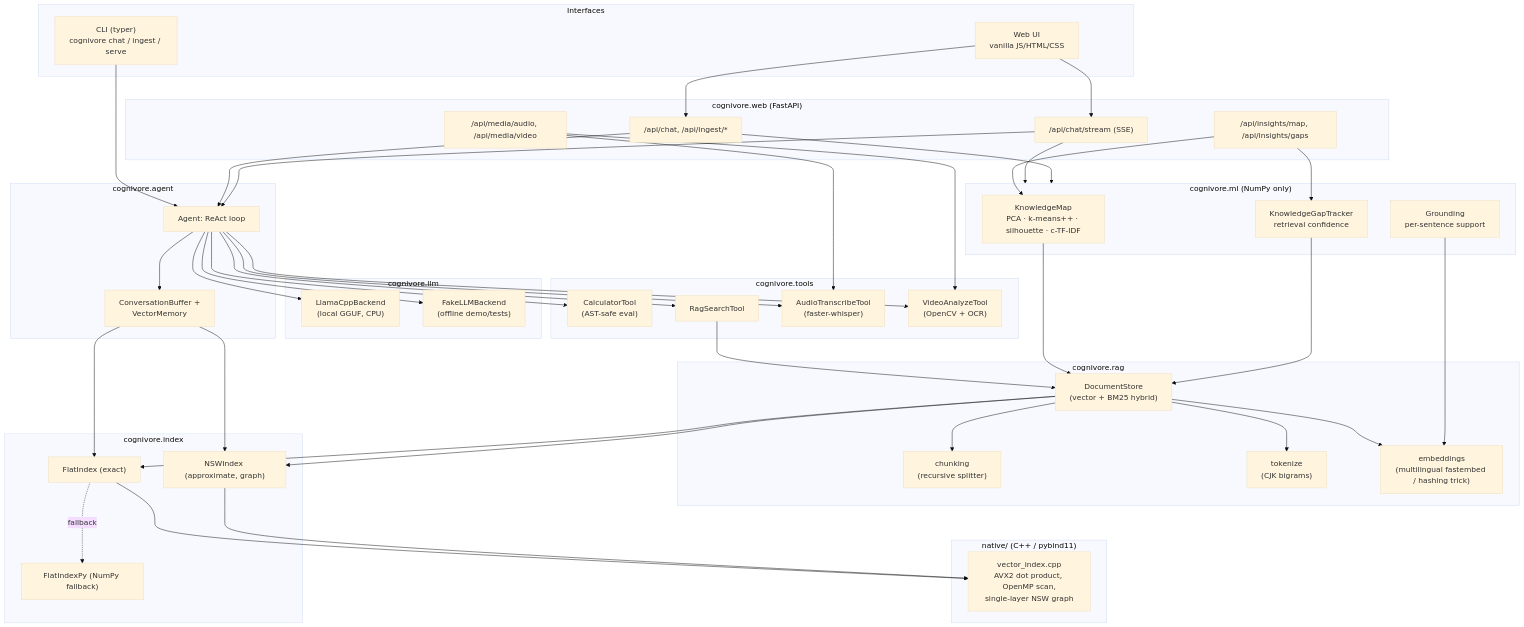
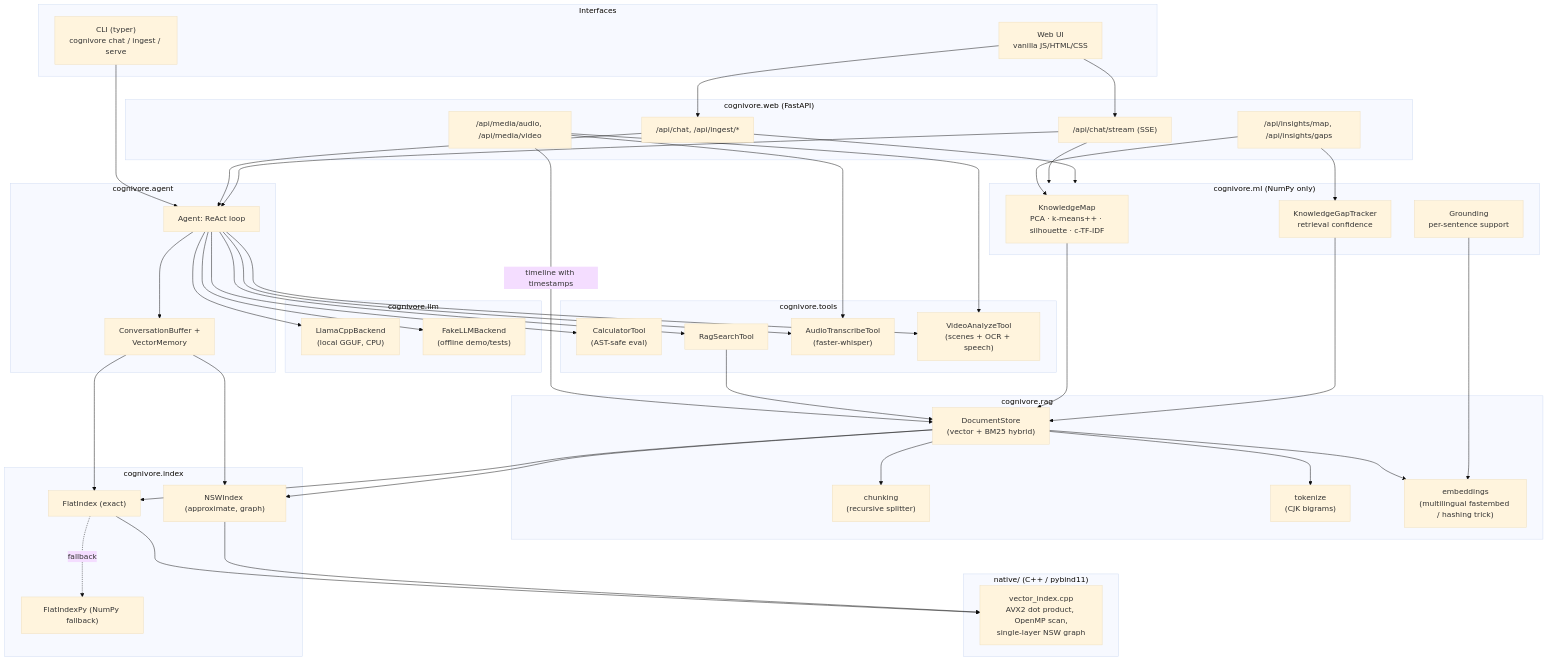
Before and after one commit to Anton-Sergeev-EA/Cognivore: the diagram in docs/architecture.md, drawn with Mermaid (base theme). The commit also changed other lines of this file and 9 other files, not shown here.

```diff
--- a/docs/architecture.md
+++ b/docs/architecture.md
@@ -36,7 +36,7 @@
         CALC["CalculatorTool\n(AST-safe eval)"]
         RAGT["RagSearchTool"]
         AUDIO["AudioTranscribeTool\n(faster-whisper)"]
-        VIDEO["VideoAnalyzeTool\n(OpenCV + OCR)"]
+        VIDEO["VideoAnalyzeTool\n(scenes + OCR + speech)"]
     end
 
     subgraph RAG["cognivore.rag"]
@@ -63,6 +63,7 @@
     SSE --> LOOP
     MEDIA --> AUDIO
     MEDIA --> VIDEO
+    MEDIA -- "timeline with timestamps" --> STORE
 
     LOOP --> LLAMA
     LOOP --> FAKE
```
